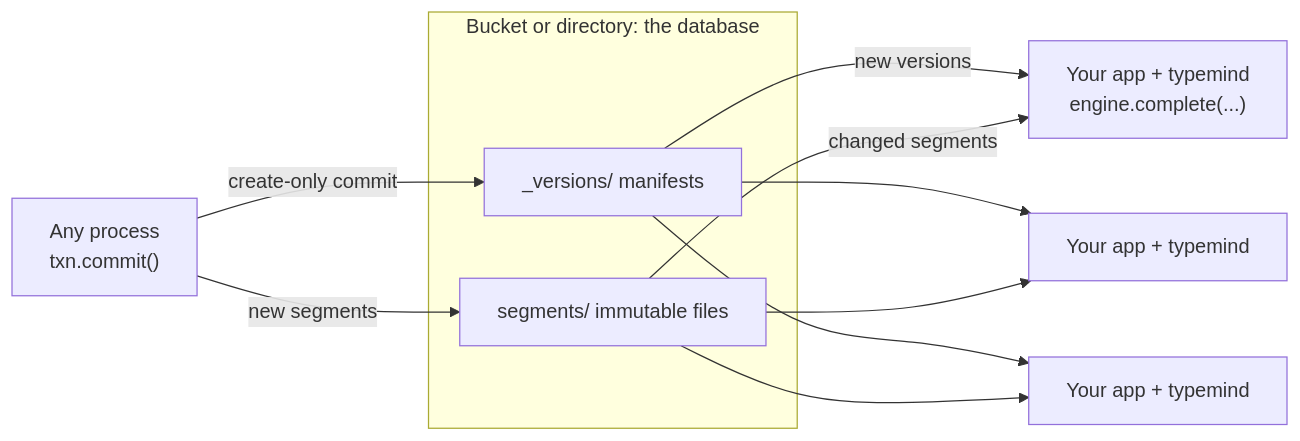
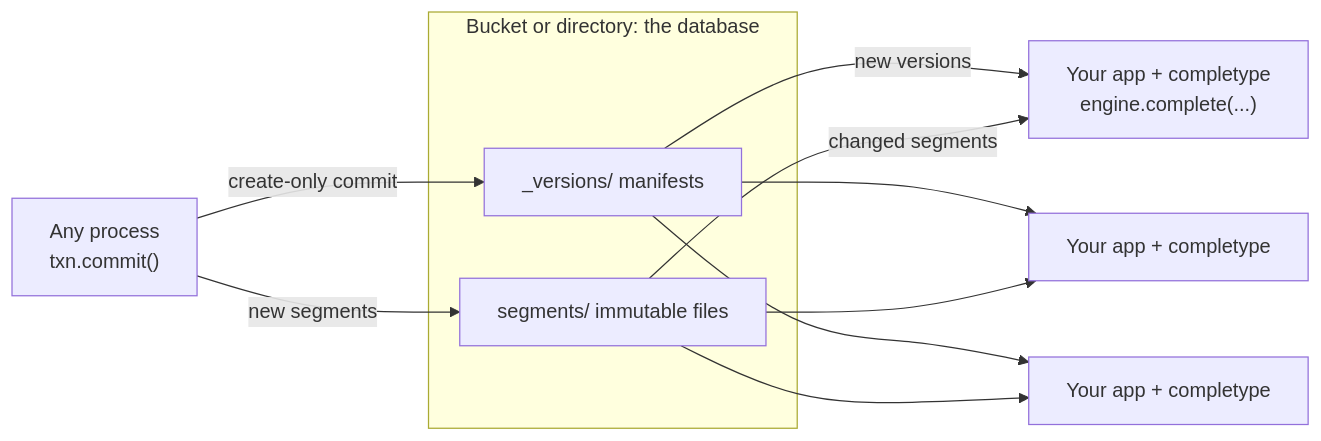
One commit to sayef/completype changed the diagram in README.md. Above: the diagram before and after it, drawn with Mermaid. The commit also changed other lines of this file and 197 other files, not shown here.

````diff
--- a/README.md
+++ b/README.md
@@ -66,15 +63,15 @@
 ```mermaid
 flowchart LR
     W["Any process<br/>txn.commit()"] -- "create-only commit" --> M
     W -- "new segments" --> S
     subgraph B["Bucket or directory: the database"]
         M["_versions/ manifests"]
         S["segments/ immutable files"]
     end
-    M -- "new versions" --> F1["Your app + typemind<br/>engine.complete(...)"]
+    M -- "new versions" --> F1["Your app + completype<br/>engine.complete(...)"]
     S -- "changed segments" --> F1
-    M --> F2["Your app + typemind"]
+    M --> F2["Your app + completype"]
     S --> F2
-    M --> F3["Your app + typemind"]
+    M --> F3["Your app + completype"]
     S --> F3
 ```
````
